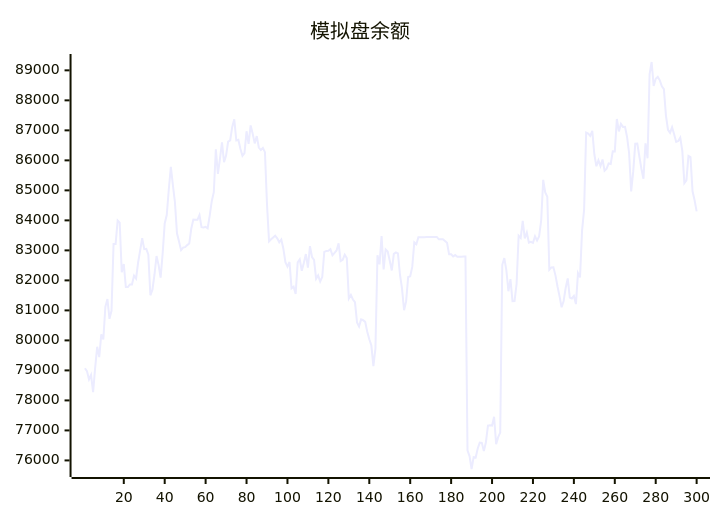
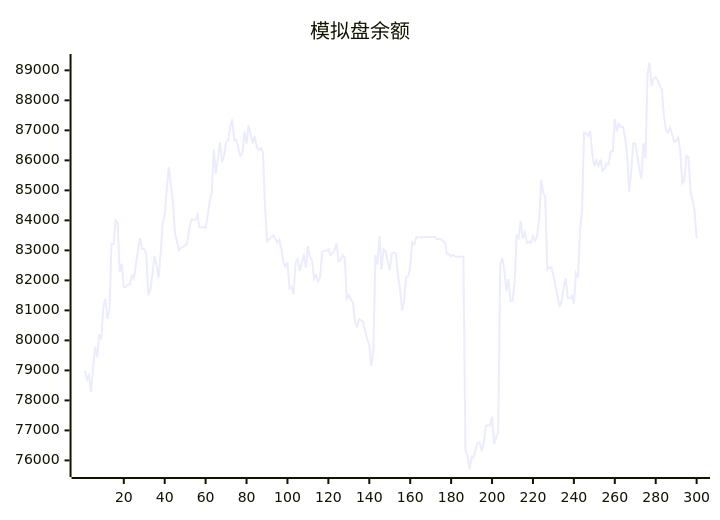
Before and after one commit to aahl/ai-trading: the diagram in README.md, drawn with Mermaid. The commit also changed other lines of this file and 1 other file, not shown here.

````diff
--- a/README.md
+++ b/README.md
@@ -5,5 +5,5 @@
 ```mermaid
 xychart
     title "模拟盘余额"
-    line [79072,78978,78696,78846,78272,79085,79787,79442,80198,80031,81120,81379,80718,80985,83214,83212,83993,83921,82270,82547,81776,81776,81866,81866,82158,82061,82596,83000,83408,83041,83050,82858,81503,81691,82188,82812,82517,82092,82901,83898,84180,85030,85781,85178,84604,83569,83298,83008,83093,83107,83175,83228,83729,84025,84017,84019,84177,83775,83762,83785,83738,84160,84639,84939,86370,85548,86046,86599,85942,86161,86622,86664,87115,87369,86666,86685,86384,86152,86243,86969,86548,87164,86885,86566,86809,86427,86348,86417,86273,84538,83299,83369,83430,83490,83404,83270,83362,83056,82605,82459,82614,81734,81788,81551,82598,82702,82320,82580,82878,82426,83139,82778,82686,82056,82166,81963,82110,82951,82983,82984,83038,82838,82915,82998,83235,82642,82682,82858,82746,81396,81512,81362,81277,80600,80461,80699,80673,80616,80288,80038,79836,79142,79722,82837,82533,83480,82366,83032,82960,82654,82330,82883,82934,82901,82188,81728,81005,81298,82110,82135,82449,83264,83203,83440,83439,83440,83440,83446,83447,83448,83447,83448,83449,83369,83369,83369,83313,83256,82872,82873,82801,82844,82785,82791,82791,82793,82794,76339,76145,75714,76110,76096,76397,76594,76585,76310,76607,77160,77170,77160,77456,76541,76774,76927,82520,82744,82337,81639,82040,81307,81314,81887,83490,83414,83984,83396,83594,83261,83287,83253,83470,83327,83465,83987,85348,84930,84786,82355,82433,82438,82167,81795,81466,81105,81315,81756,82064,81426,81398,81481,81210,82242,82099,83658,84359,86925,86892,86814,86980,86203,85802,86003,85811,86028,85657,85721,85896,85880,86300,86299,87378,86965,87214,87115,87118,86780,86238,84966,85623,86555,86562,86129,85722,85387,86569,86070,88870,89278,88477,88720,88781,88668,88467,88372,87493,87018,86917,87102,86870,86613,86644,86758,86317,85242,85334,86149,86106,84968,84671,84302]
+    line [78978,78696,78846,78272,79085,79787,79442,80198,80031,81120,81379,80718,80985,83214,83212,83993,83921,82270,82547,81776,81776,81866,81866,82158,82061,82596,83000,83408,83041,83050,82858,81503,81691,82188,82812,82517,82092,82901,83898,84180,85030,85781,85178,84604,83569,83298,83008,83093,83107,83175,83228,83729,84025,84017,84019,84177,83775,83762,83785,83738,84160,84639,84939,86370,85548,86046,86599,85942,86161,86622,86664,87115,87369,86666,86685,86384,86152,86243,86969,86548,87164,86885,86566,86809,86427,86348,86417,86273,84538,83299,83369,83430,83490,83404,83270,83362,83056,82605,82459,82614,81734,81788,81551,82598,82702,82320,82580,82878,82426,83139,82778,82686,82056,82166,81963,82110,82951,82983,82984,83038,82838,82915,82998,83235,82642,82682,82858,82746,81396,81512,81362,81277,80600,80461,80699,80673,80616,80288,80038,79836,79142,79722,82837,82533,83480,82366,83032,82960,82654,82330,82883,82934,82901,82188,81728,81005,81298,82110,82135,82449,83264,83203,83440,83439,83440,83440,83446,83447,83448,83447,83448,83449,83369,83369,83369,83313,83256,82872,82873,82801,82844,82785,82791,82791,82793,82794,76339,76145,75714,76110,76096,76397,76594,76585,76310,76607,77160,77170,77160,77456,76541,76774,76927,82520,82744,82337,81639,82040,81307,81314,81887,83490,83414,83984,83396,83594,83261,83287,83253,83470,83327,83465,83987,85348,84930,84786,82355,82433,82438,82167,81795,81466,81105,81315,81756,82064,81426,81398,81481,81210,82242,82099,83658,84359,86925,86892,86814,86980,86203,85802,86003,85811,86028,85657,85721,85896,85880,86300,86299,87378,86965,87214,87115,87118,86780,86238,84966,85623,86555,86562,86129,85722,85387,86569,86070,88870,89278,88477,88720,88781,88668,88467,88372,87493,87018,86917,87102,86870,86613,86644,86758,86317,85242,85334,86149,86106,84968,84671,84302,83410]
 ```
````
